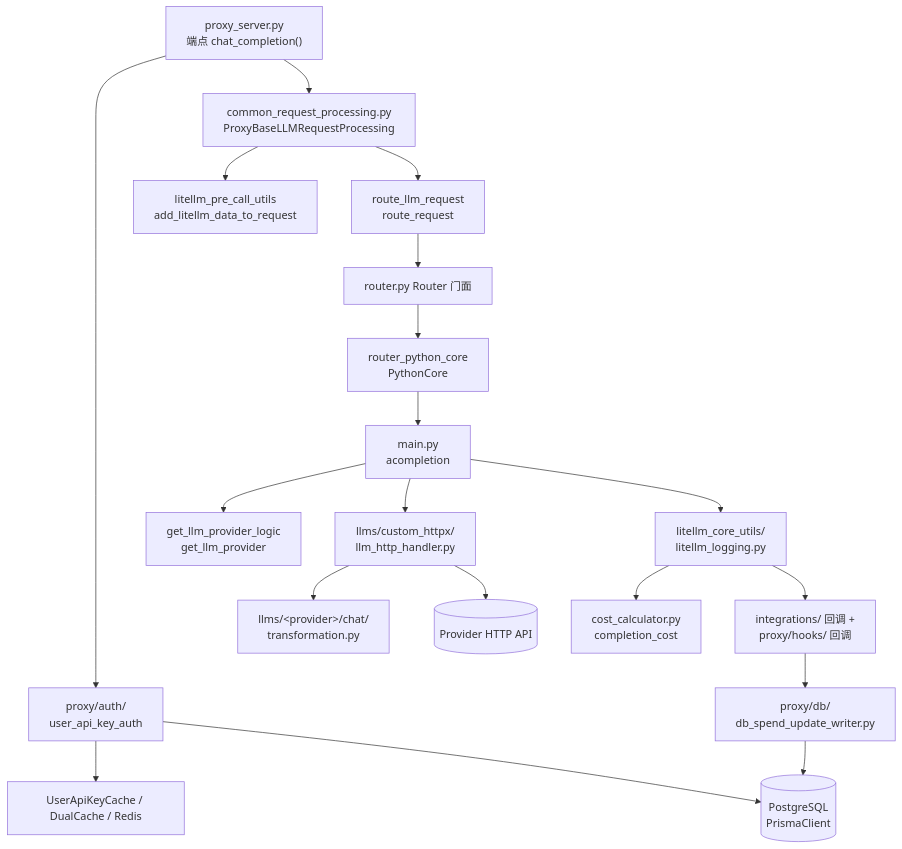
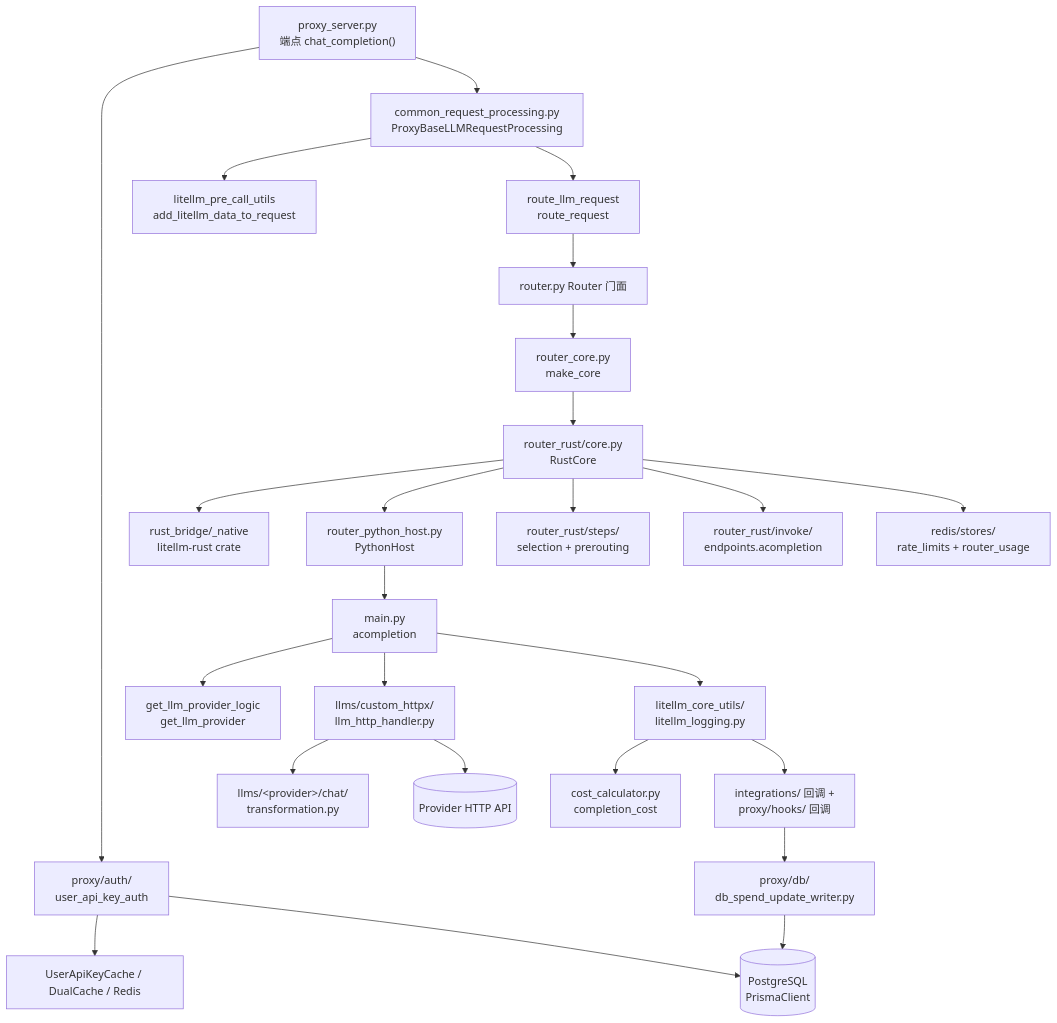
Before and after one commit to adrian9778/litellm: the diagram in docs/sourceReader/01-skeleton/03-modules-and-dependencies.md, drawn with Mermaid. The commit also changed other lines of this file and 32 other files, not shown here.

First line of the commit message:
docs(sourceReader): regenerate library on upstream latest, Rust router core era

````diff
--- a/docs/sourceReader/01-skeleton/03-modules-and-dependencies.md
+++ b/docs/sourceReader/01-skeleton/03-modules-and-dependencies.md
@@ -44,21 +54,27 @@
 ```mermaid
 graph TD
     EP["proxy_server.py<br/>端点 chat_completion()"] --> AUTH["proxy/auth/<br/>user_api_key_auth"]
     EP --> PROC["common_request_processing.py<br/>ProxyBaseLLMRequestProcessing"]
     AUTH --> CACHE["UserApiKeyCache / DualCache / Redis"]
     AUTH --> DB[("PostgreSQL<br/>PrismaClient")]
     PROC --> PRE["litellm_pre_call_utils<br/>add_litellm_data_to_request"]
     PROC --> ROUTED["route_llm_request<br/>route_request"]
     ROUTED --> RT["router.py Router 门面"]
-    RT --> CORE["router_python_core<br/>PythonCore"]
-    CORE --> MAIN["main.py<br/>acompletion"]
+    RT --> MAKE["router_core.py<br/>make_core"]
+    MAKE --> RUSTCORE["router_rust/core.py<br/>RustCore"]
+    RUSTCORE --> NATIVE["rust_bridge/_native<br/>litellm-rust crate"]
+    RUSTCORE --> HOST["router_python_host.py<br/>PythonHost"]
+    RUSTCORE --> STEP["router_rust/steps/<br/>selection + prerouting"]
+    RUSTCORE --> INVOKE["router_rust/invoke/<br/>endpoints.acompletion"]
+    RUSTCORE --> RSTORE["redis/stores/<br/>rate_limits + router_usage"]
+    HOST --> MAIN["main.py<br/>acompletion"]
     MAIN --> PROV["get_llm_provider_logic<br/>get_llm_provider"]
     MAIN --> HANDLER["llms/custom_httpx/<br/>llm_http_handler.py"]
     HANDLER --> CFG["llms/&lt;provider&gt;/chat/<br/>transformation.py"]
     HANDLER --> HTTP[("Provider HTTP API")]
     MAIN --> LOG["litellm_core_utils/<br/>litellm_logging.py"]
     LOG --> COST["cost_calculator.py<br/>completion_cost"]
     LOG --> CB["integrations/ 回调 +<br/>proxy/hooks/ 回调"]
     CB --> WRITER["proxy/db/<br/>db_spend_update_writer.py"]
     WRITER --> DB
 ```
````
